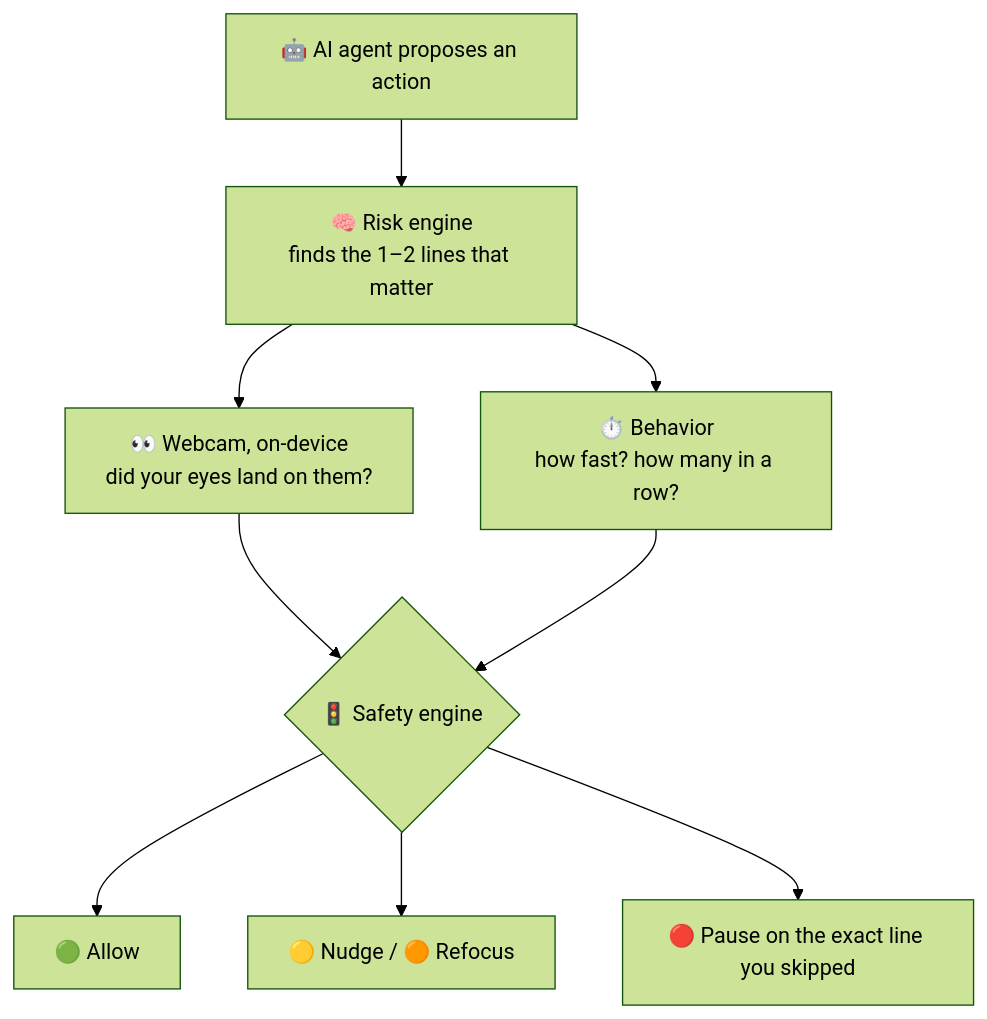
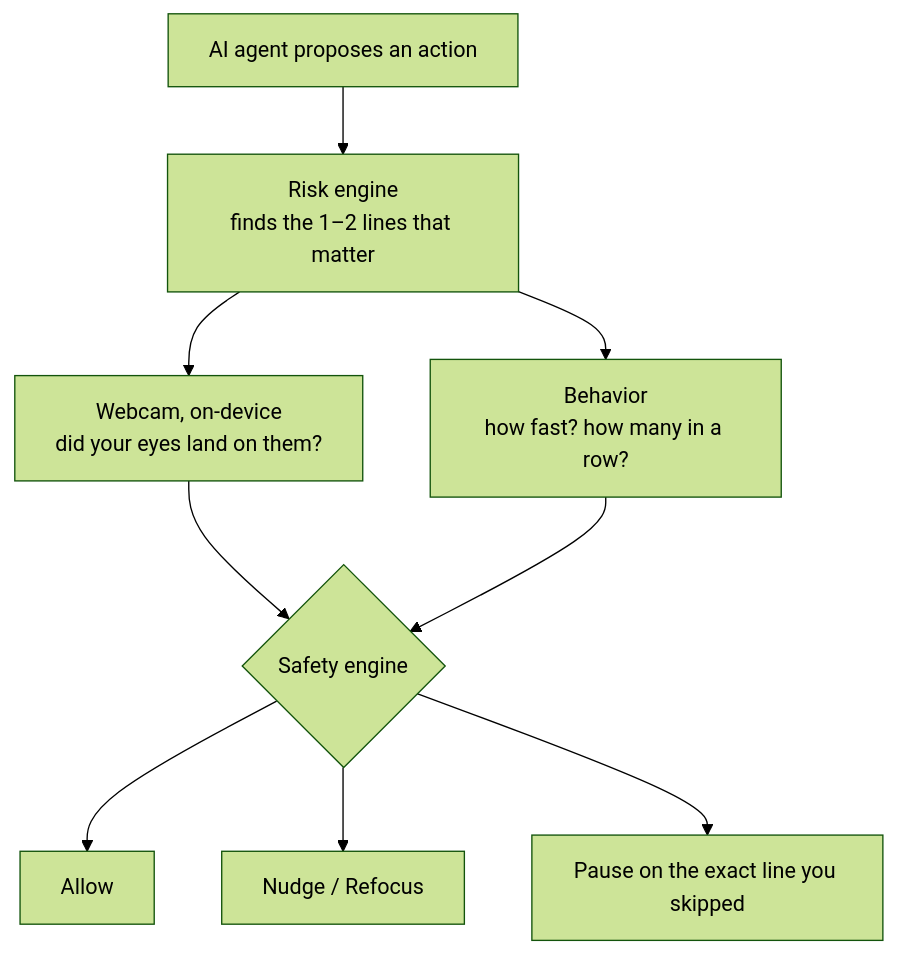
One commit to bilal-feroz/OverSight changed the diagram in README.md. Above: the diagram before and after it, drawn with Mermaid (forest theme). The commit also changed other lines of this file and 4 other files, not shown here.

````diff
--- a/README.md
+++ b/README.md
@@ -65,11 +65,11 @@
 ```mermaid
 flowchart TD
-  A["🤖 AI agent proposes an action"] --> B["🧠 Risk engine<br/>finds the 1–2 lines that matter"]
-  B --> C["👀 Webcam, on-device<br/>did your eyes land on them?"]
-  B --> D["⏱️ Behavior<br/>how fast? how many in a row?"]
-  C --> E{"🚦 Safety engine"}
+  A["AI agent proposes an action"] --> B["Risk engine<br/>finds the 1–2 lines that matter"]
+  B --> C["Webcam, on-device<br/>did your eyes land on them?"]
+  B --> D["Behavior<br/>how fast? how many in a row?"]
+  C --> E{"Safety engine"}
   D --> E
-  E --> F["🟢 Allow"]
-  E --> G["🟡 Nudge / 🟠 Refocus"]
-  E --> H["🔴 Pause on the exact line you skipped"]
+  E --> F["Allow"]
+  E --> G["Nudge / Refocus"]
+  E --> H["Pause on the exact line you skipped"]
 ```
````
